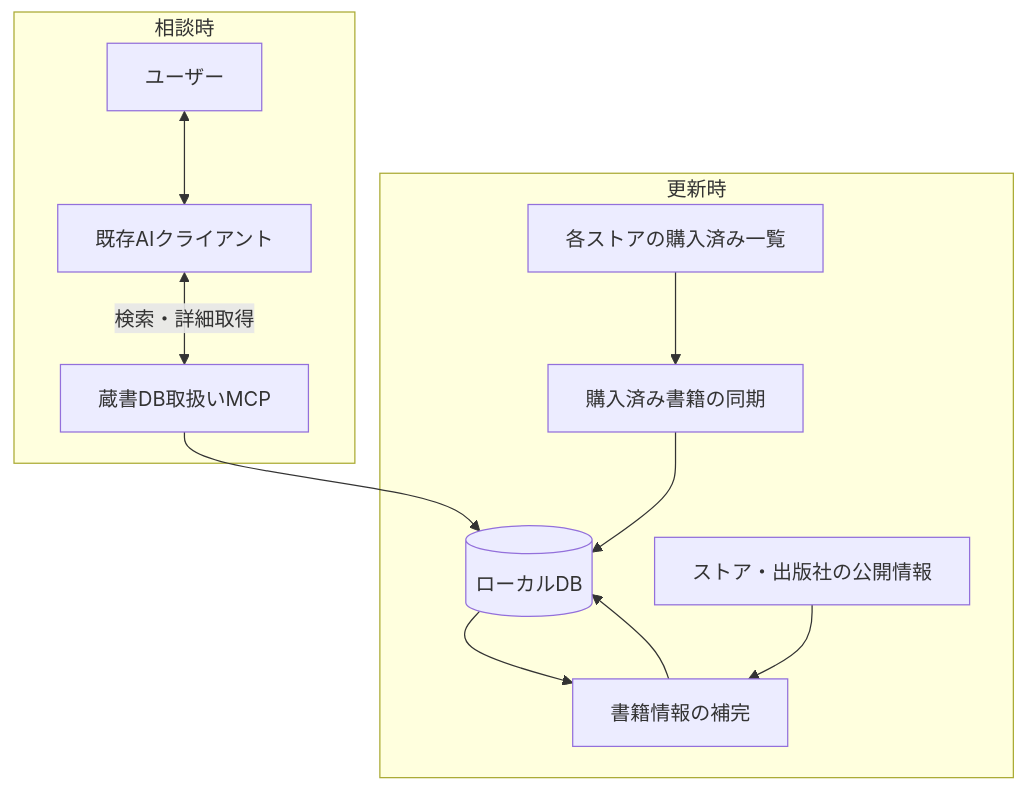
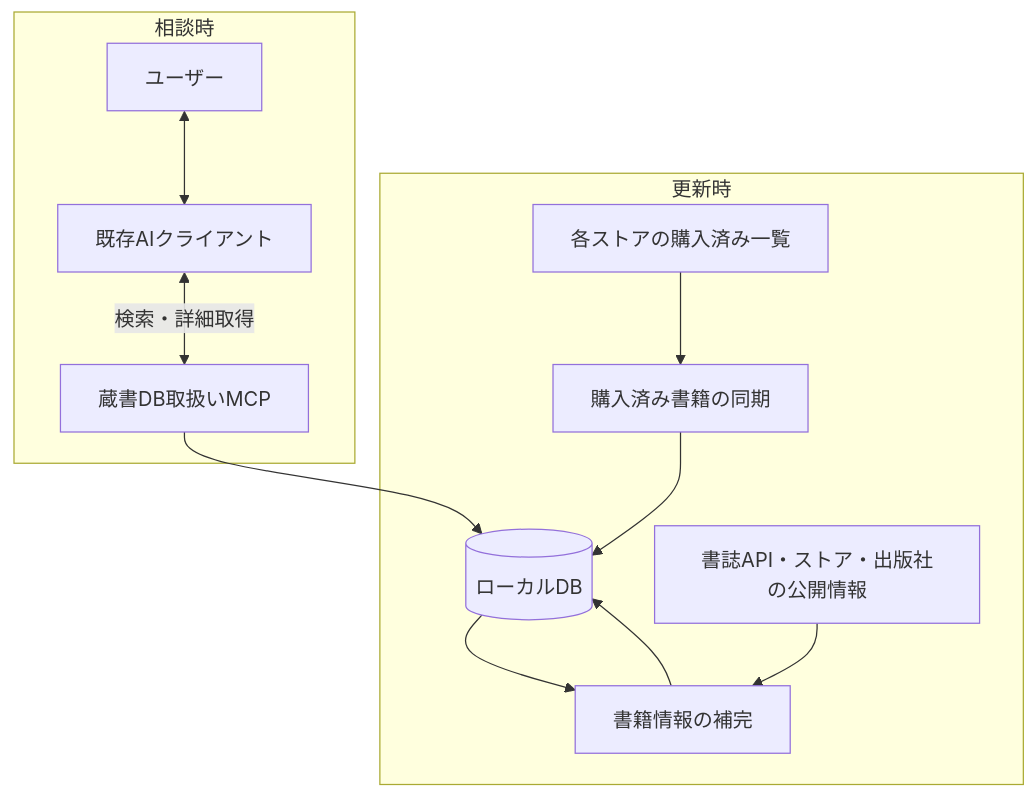
Before and after one commit to yukihane/tsundoku-finder: the diagram in doc/01architecture_discussion.md, drawn with Mermaid. The commit also changed other lines of this file, not shown here.

````diff
--- a/doc/01architecture_discussion.md
+++ b/doc/01architecture_discussion.md
@@ -32,15 +34,15 @@
 ```mermaid
 flowchart TD
     subgraph 更新時
         A[各ストアの購入済み一覧] --> B[購入済み書籍の同期]
         B --> DB[(ローカルDB)]
         DB --> C[書籍情報の補完]
-        D[ストア・出版社の公開情報] --> C
+        D[書誌API・ストア・出版社の公開情報] --> C
         C --> DB
     end
     subgraph 相談時
         U[ユーザー] <--> AI[既存AIクライアント]
         AI <-->|検索・詳細取得| MCP[蔵書DB取扱いMCP]
         MCP --> DB
     end
 ```
````
